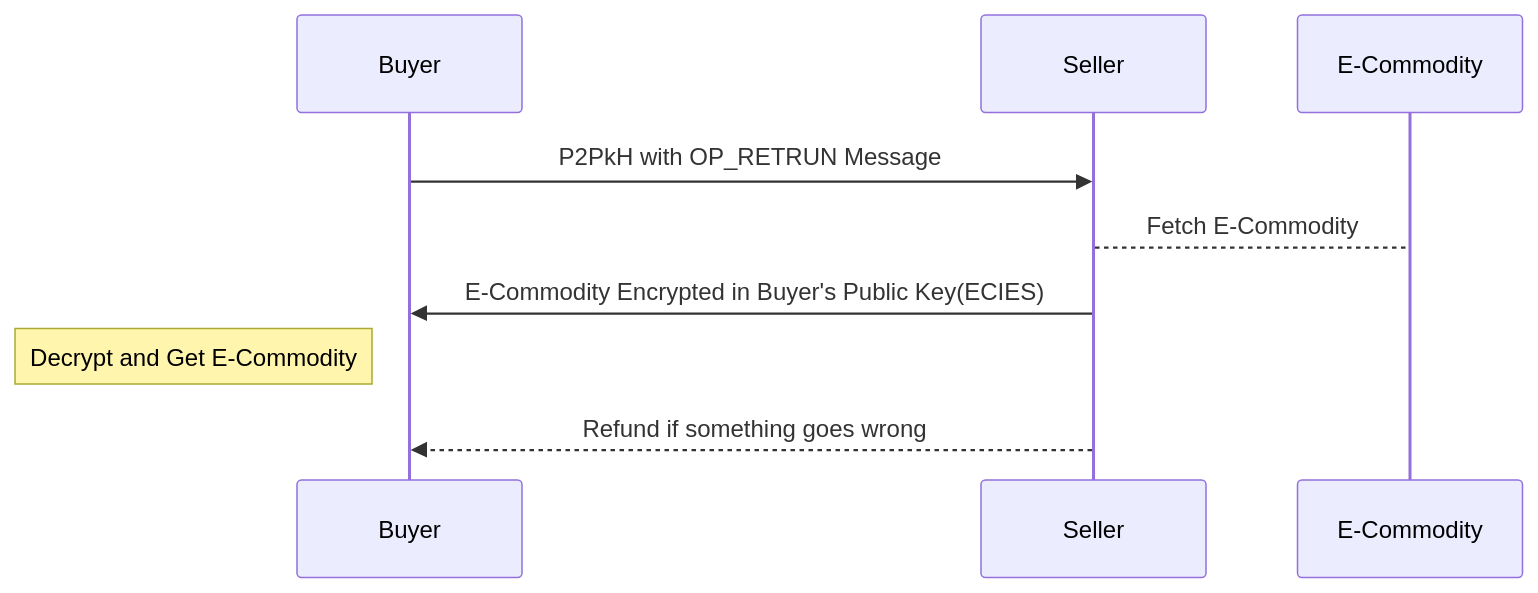
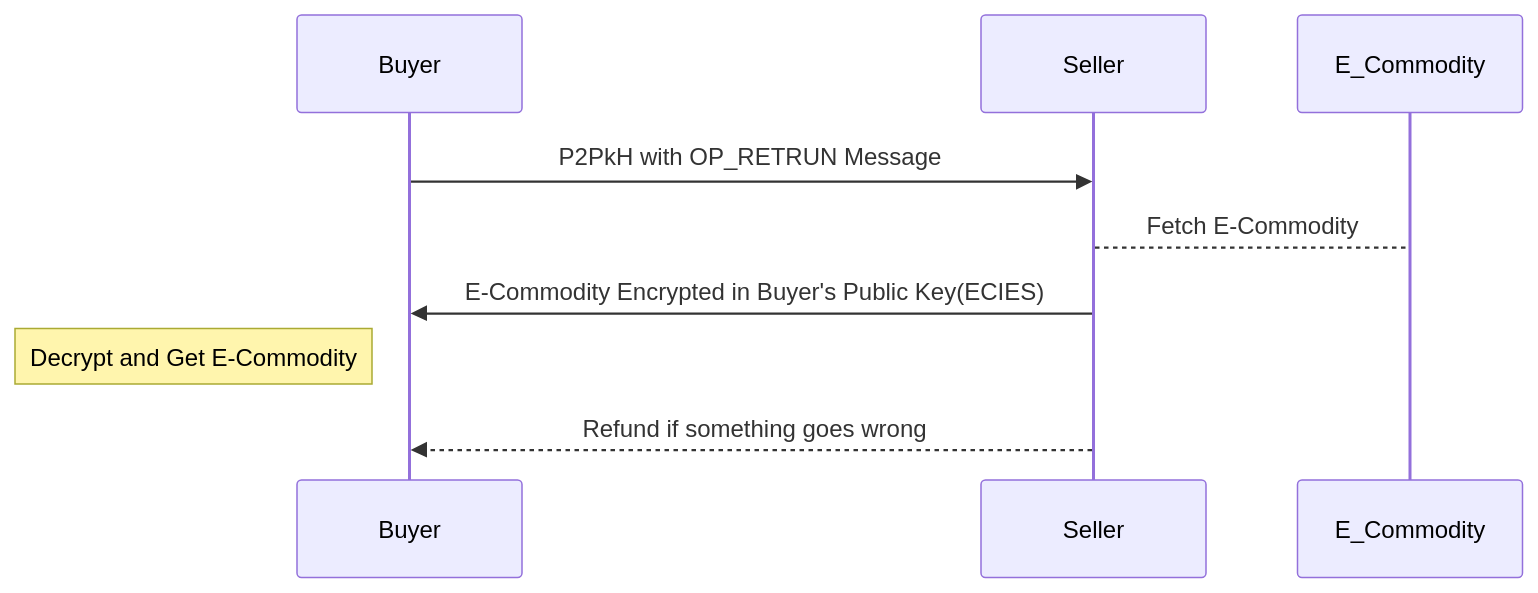
The diagram in README.md (monkeylord/Bishop), drawn with Mermaid before and after one commit.

```diff
--- a/README.md
+++ b/README.md
@@ -19,11 +19,11 @@
 ~~~mermaid
 sequenceDiagram
 participant Buyer
 participant Seller
-participant E-Commodity
+participant E_Commodity
 Buyer->>Seller: P2PkH with OP_RETRUN Message
-Seller-->E-Commodity: Fetch E-Commodity
+Seller-->E_Commodity: Fetch E-Commodity
 Seller->>Buyer: E-Commodity Encrypted in Buyer's Public Key(ECIES)
 note left of Buyer: Decrypt and Get E-Commodity
 Seller-->>Buyer: Refund if something goes wrong
 ~~~
```
